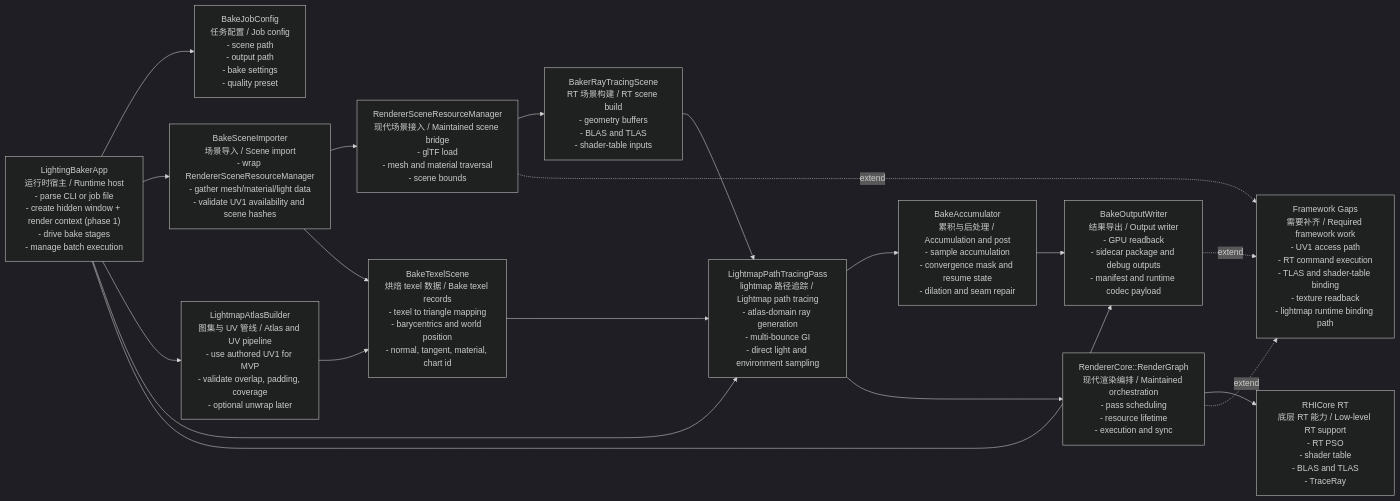
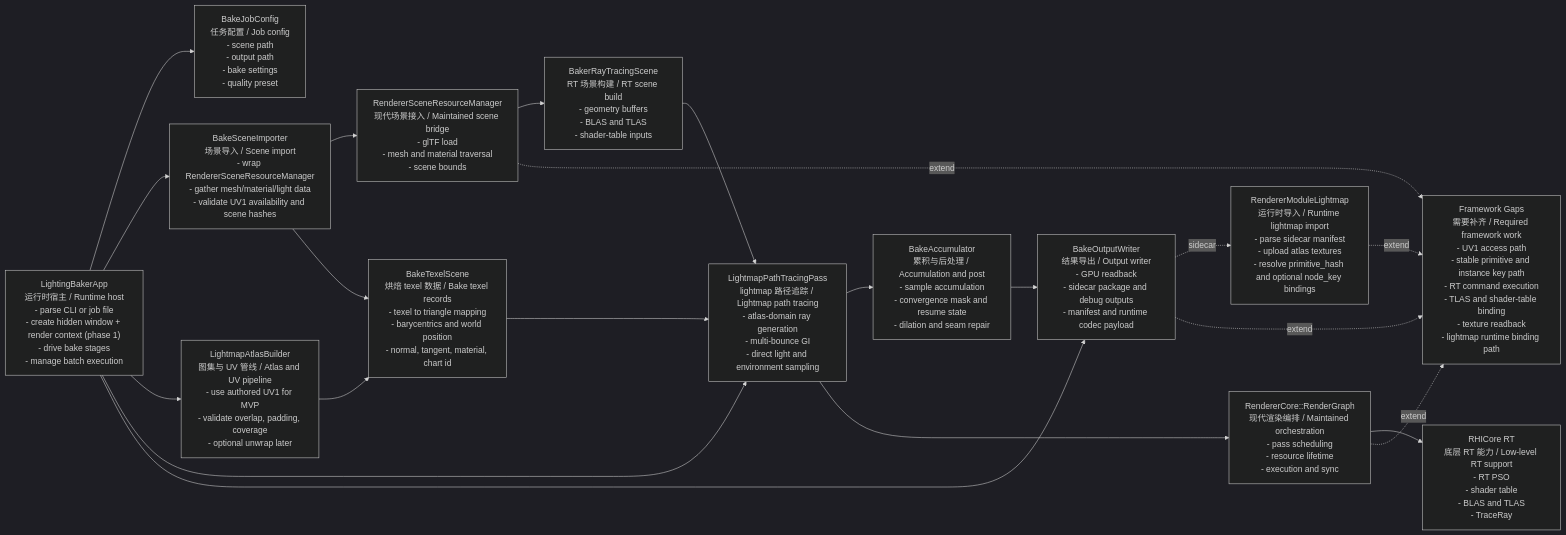
The diagram in docs/LightingBaker_KeyClass_Diagram.md (wakare/glTFRenderer), drawn with Mermaid (dark theme) before and after one commit. The commit also changed other lines of this file and 17 other files, not shown here.

Commit message:
feat: add runtime lightmap sidecar scaffolding

````diff
--- a/docs/LightingBaker_KeyClass_Diagram.md
+++ b/docs/LightingBaker_KeyClass_Diagram.md
@@ -10,38 +10,41 @@
 ```mermaid
 flowchart LR
     BakerApp["LightingBakerApp\n运行时宿主 / Runtime host\n- parse CLI or job file\n- create hidden window + render context (phase 1)\n- drive bake stages\n- manage batch execution"]
     JobConfig["BakeJobConfig\n任务配置 / Job config\n- scene path\n- output path\n- bake settings\n- quality preset"]
     SceneImporter["BakeSceneImporter\n场景导入 / Scene import\n- wrap RendererSceneResourceManager\n- gather mesh/material/light data\n- validate UV1 availability and scene hashes"]
     AtlasBuilder["LightmapAtlasBuilder\n图集与 UV 管线 / Atlas and UV pipeline\n- use authored UV1 for MVP\n- validate overlap, padding, coverage\n- optional unwrap later"]
     TexelScene["BakeTexelScene\n烘焙 texel 数据 / Bake texel records\n- texel to triangle mapping\n- barycentrics and world position\n- normal, tangent, material, chart id"]
     RTScene["BakerRayTracingScene\nRT 场景构建 / RT scene build\n- geometry buffers\n- BLAS and TLAS\n- shader-table inputs"]
     PTPath["LightmapPathTracingPass\nlightmap 路径追踪 / Lightmap path tracing\n- atlas-domain ray generation\n- multi-bounce GI\n- direct light and environment sampling"]
     Accum["BakeAccumulator\n累积与后处理 / Accumulation and post\n- sample accumulation\n- convergence mask and resume state\n- dilation and seam repair"]
     Writer["BakeOutputWriter\n结果导出 / Output writer\n- GPU readback\n- sidecar package and debug outputs\n- manifest and runtime codec payload"]
+    RuntimeLM["RendererModuleLightmap\n运行时导入 / Runtime lightmap import\n- parse sidecar manifest\n- upload atlas textures\n- resolve primitive_hash and optional node_key bindings"]
 
     RenderGraph["RendererCore::RenderGraph\n现代渲染编排 / Maintained orchestration\n- pass scheduling\n- resource lifetime\n- execution and sync"]
     SceneRM["RendererSceneResourceManager\n现代场景接入 / Maintained scene bridge\n- glTF load\n- mesh and material traversal\n- scene bounds"]
     RHIRT["RHICore RT\n底层 RT 能力 / Low-level RT support\n- RT PSO\n- shader table\n- BLAS and TLAS\n- TraceRay"]
-    FrameworkWork["Framework Gaps\n需要补齐 / Required framework work\n- UV1 access path\n- RT command execution\n- TLAS and shader-table binding\n- texture readback\n- lightmap runtime binding path"]
+    FrameworkWork["Framework Gaps\n需要补齐 / Required framework work\n- UV1 access path\n- stable primitive and instance key path\n- RT command execution\n- TLAS and shader-table binding\n- texture readback\n- lightmap runtime binding path"]
 
     BakerApp --> JobConfig
     BakerApp --> SceneImporter
     BakerApp --> AtlasBuilder
     BakerApp --> PTPath
     BakerApp --> Writer
 
     SceneImporter --> SceneRM
     SceneImporter --> TexelScene
     AtlasBuilder --> TexelScene
     SceneRM --> RTScene
     RTScene --> PTPath
     TexelScene --> PTPath
     PTPath --> Accum
     Accum --> Writer
     PTPath --> RenderGraph
     RenderGraph --> RHIRT
+    Writer -. sidecar .-> RuntimeLM
 
     SceneRM -. extend .-> FrameworkWork
     RenderGraph -. extend .-> FrameworkWork
     Writer -. extend .-> FrameworkWork
+    RuntimeLM -. extend .-> FrameworkWork
 ```
````
